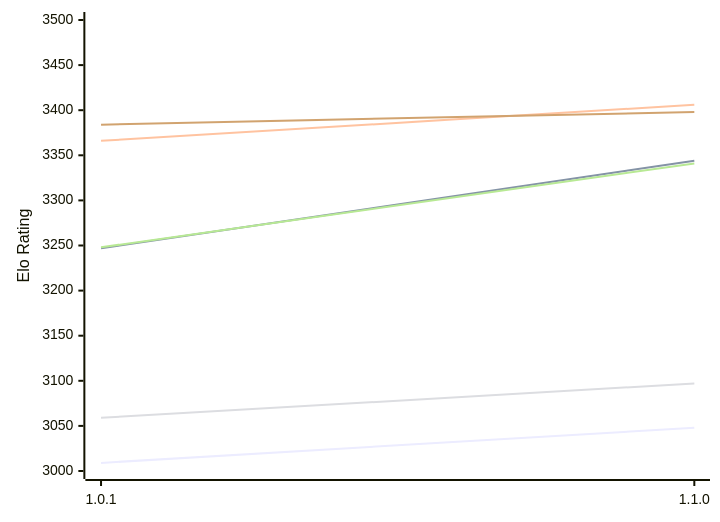
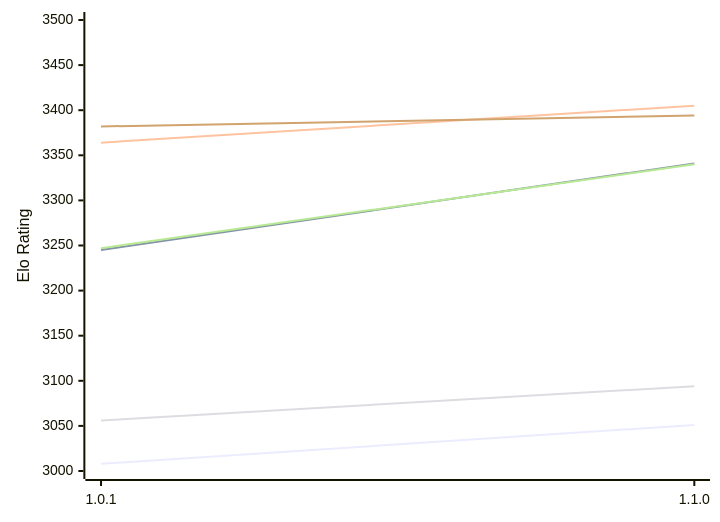
The first of 2 diagrams in engines/Ursus.md (computer-chess-index/cci), drawn with Mermaid before and after one commit. The commit also changed other lines of this file, not shown here.

Commit message:
Update CCI Ratings (ELO VLTC) - 2026-11-19

````diff
--- a/engines/Ursus.md
+++ b/engines/Ursus.md
@@ -51,12 +51,12 @@
 ```mermaid
 %%{init: {"theme":"base","themeVariables":{"seriesColors:['#a3a3a3','#222221','#faa371']}}}%%
 xychart-beta
   x-axis ["1.0.1", "1.1.0"]
   y-axis "Elo Rating" 3000 --> 3500
-  line "E1: STC (8.0+0.08s)" [3009, 3048]
-  line "E1: LTC (60.0+0.60s)" [3247, 3344]
-  line "E1: VLTC (2m24s+1.12s)" [3366, 3406]
-  line "P1: STC (8.0+0.08s)" [3059, 3097]
-  line "P1: LTC (60.0+0.60s)" [3248, 3341]
-  line "P1: VLTC (2m24s+1.12s)" [3384, 3398]
+  line "E1: STC (8.0+0.08s)" [3008, 3051]
+  line "E1: LTC (60.0+0.60s)" [3245, 3341]
+  line "E1: VLTC (2m24s+1.12s)" [3364, 3405]
+  line "P1: STC (8.0+0.08s)" [3056, 3094]
+  line "P1: LTC (60.0+0.60s)" [3247, 3340]
+  line "P1: VLTC (2m24s+1.12s)" [3382, 3394]
 ```
````
